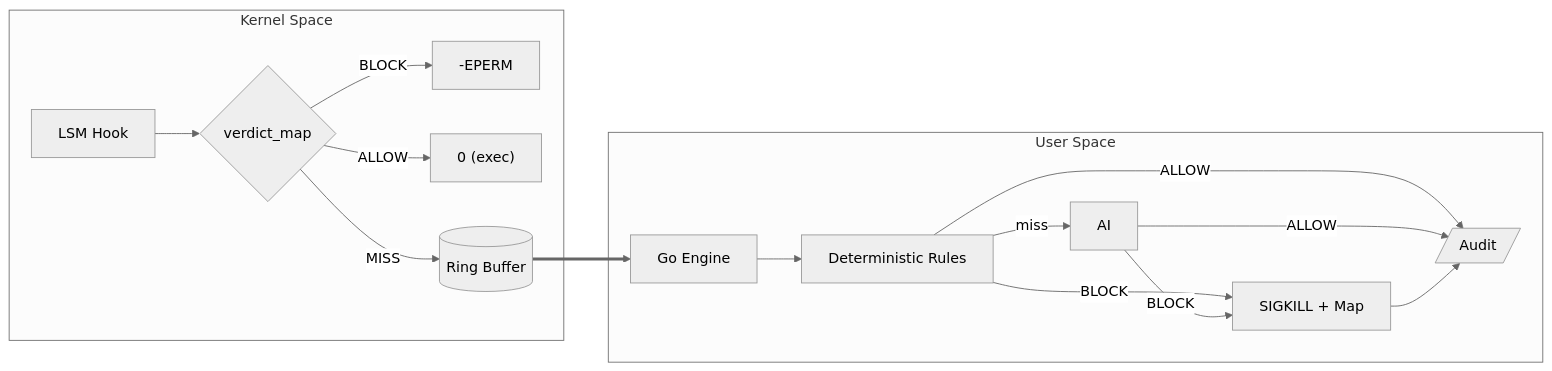
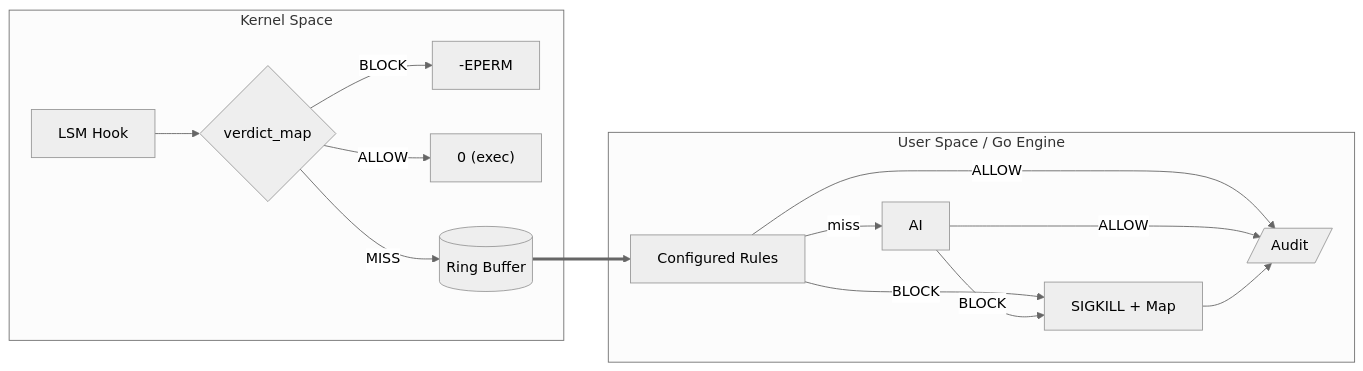
Before and after one commit to CrlsMrls/zask: the diagram in README.md, drawn with Mermaid (neutral theme). The commit also changed other lines of this file and 3 other files, not shown here.

````diff
--- a/README.md
+++ b/README.md
@@ -32,19 +22,18 @@
 ```mermaid
 flowchart LR
     subgraph Kernel["Kernel Space"]
         hook["LSM Hook"] --> vmap{verdict_map}
         vmap -- "BLOCK" --> eperm["-EPERM"]
         vmap -- "ALLOW" --> ok["0 (exec)"]
         vmap -- "MISS" --> rb[(Ring Buffer)]
     end
-    rb ==> engine
-    subgraph User["User Space"]
-        engine["Go Engine"] --> T2["Deterministic Rules"]
+    rb ==> T2["Configured Rules"]
+    subgraph User["User Space / Go Engine"]
         T2 -- "ALLOW" --> audit
         T2 -->|miss| T3["AI"]
         T2 -- "BLOCK" --> enforce["SIGKILL + Map"]
         T3 -- "BLOCK" --> enforce
         T3 -- "ALLOW" --> audit
     end
     enforce --> audit[/"Audit"/]
 ```
````
